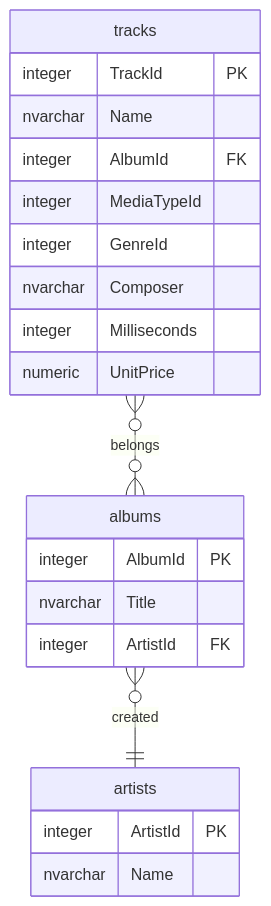
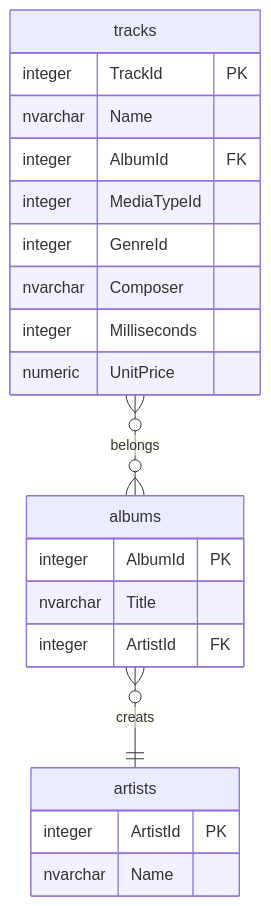
One commit to zi-ang-liu/jb-database changed the third of 3 diagrams in database/contents/adv_sql/practice.md. Above: the diagram before and after it, drawn with Mermaid.

````diff
--- a/database/contents/adv_sql/practice.md
+++ b/database/contents/adv_sql/practice.md
@@ -148,24 +148,24 @@
 ```{mermaid}
 erDiagram
    tracks {
       integer TrackId PK
       nvarchar Name
       integer AlbumId FK
       integer MediaTypeId
       integer GenreId
       nvarchar Composer
       integer Milliseconds
       numeric UnitPrice
    }
    albums {
       integer AlbumId PK
       nvarchar Title
       integer ArtistId FK
    }
    artists {
       integer ArtistId PK
       nvarchar Name
    }
    tracks }o--o{ albums : belongs
-   albums }o--|| artists : created
+   albums }o--|| artists : creats
 ```
````
